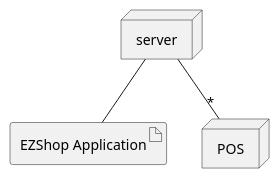
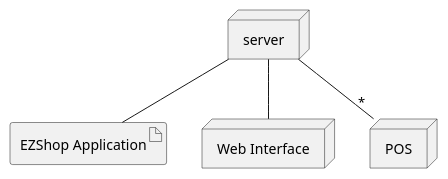
Before and after one commit to zitabou/EZShop: the fifth of 5 diagrams in Deliverables/RequirementsDocument.md, drawn with PlantUML. The commit also changed other lines of this file, not shown here.

````diff
--- a/Deliverables/RequirementsDocument.md
+++ b/Deliverables/RequirementsDocument.md
@@ -882,7 +877,9 @@
 ```plantuml
 artifact "EZShop Application" as ezshop
+node "Web Interface" as wi
 node "server" as s
 node "POS" as pc
+s -- wi
 s -- ezshop
 s -- "*" pc
 ```
````
